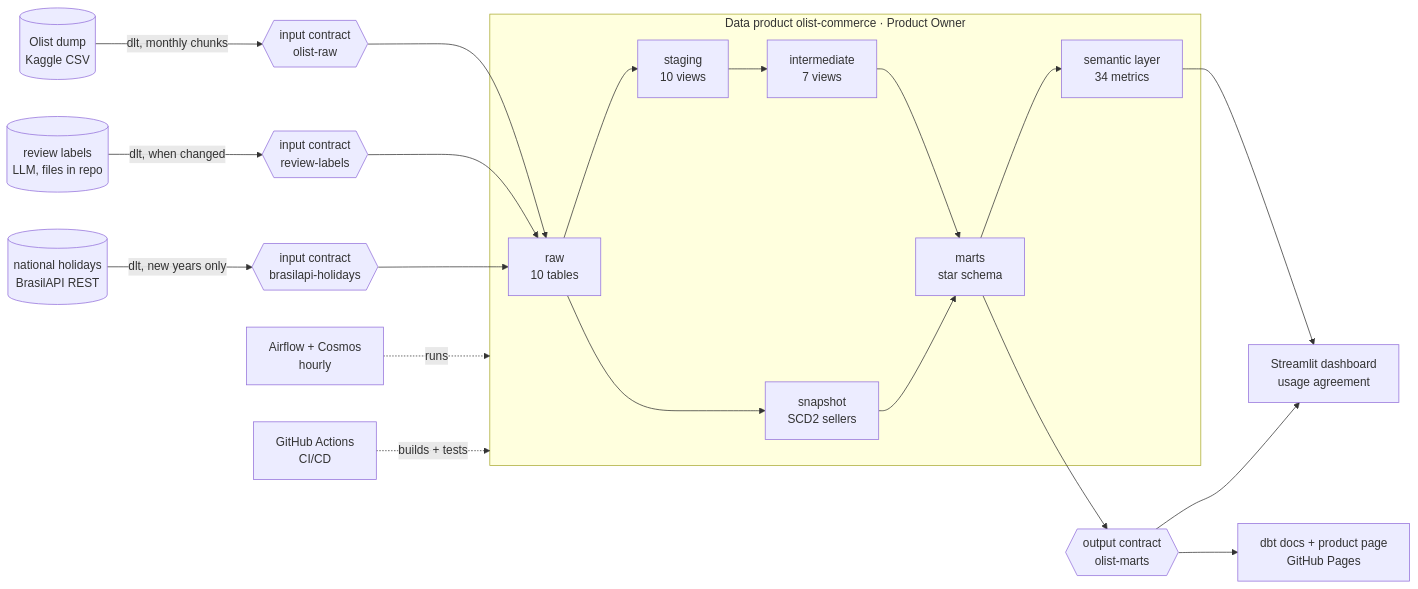
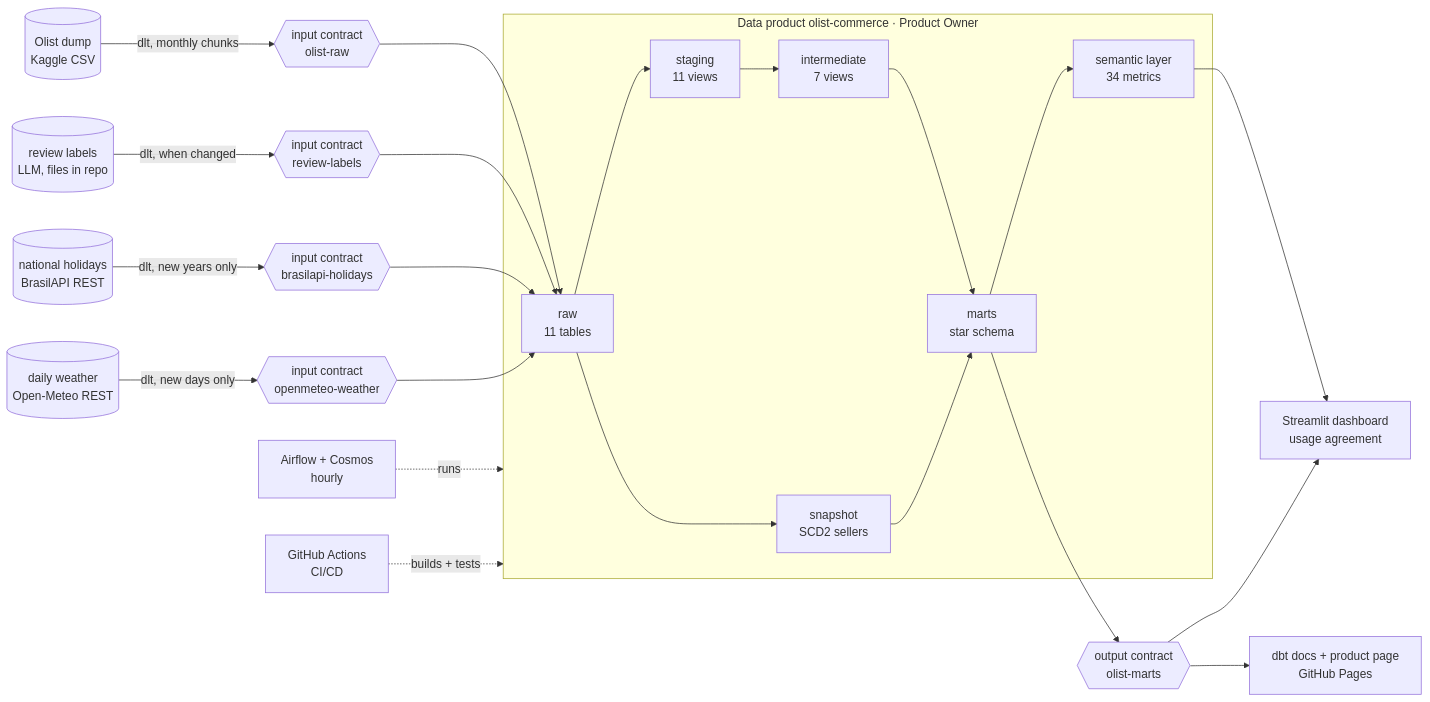
Before and after one commit to ShuCiG/olist-analytics-dbt: the first of 6 diagrams in README.md, drawn with Mermaid. The commit also changed 25 other files, not shown here.

First line of the commit message:
feat(ingestion): daily weather per state from Open-Meteo, fct_order_weather

````diff
--- a/README.md
+++ b/README.md
@@ -94,23 +94,25 @@
 ```mermaid
 flowchart LR
     kaggle[(Olist dump<br/>Kaggle CSV)] -->|dlt, monthly chunks| ic{{input contract<br/>olist-raw}}
     ic --> raw
     labels[(review labels<br/>LLM, files in repo)] -->|dlt, when changed| lc{{input contract<br/>review-labels}}
     lc --> raw
     holidays[(national holidays<br/>BrasilAPI REST)] -->|dlt, new years only| hc{{input contract<br/>brasilapi-holidays}}
     hc --> raw
+    weather[(daily weather<br/>Open-Meteo REST)] -->|dlt, new days only| wc{{input contract<br/>openmeteo-weather}}
+    wc --> raw
 
     subgraph product[Data product olist-commerce · Product Owner]
-        raw[raw<br/>10 tables] --> staging[staging<br/>10 views] --> intermediate[intermediate<br/>7 views] --> marts[marts<br/>star schema]
+        raw[raw<br/>11 tables] --> staging[staging<br/>11 views] --> intermediate[intermediate<br/>7 views] --> marts[marts<br/>star schema]
         marts --> metrics[semantic layer<br/>34 metrics]
         raw --> snap[snapshot<br/>SCD2 sellers] --> marts
     end
 
     marts --> oc{{output contract<br/>olist-marts}}
     oc --> dash[Streamlit dashboard<br/>usage agreement]
     metrics --> dash
     oc --> docs[dbt docs + product page<br/>GitHub Pages]
 
     airflow[Airflow + Cosmos<br/>hourly] -. runs .-> product
     ci[GitHub Actions<br/>CI/CD] -. builds + tests .-> product
 ```
````
